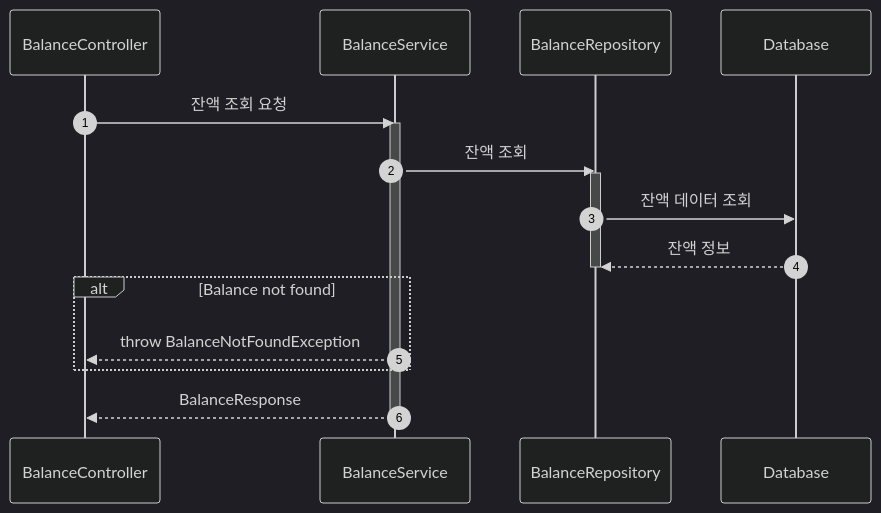
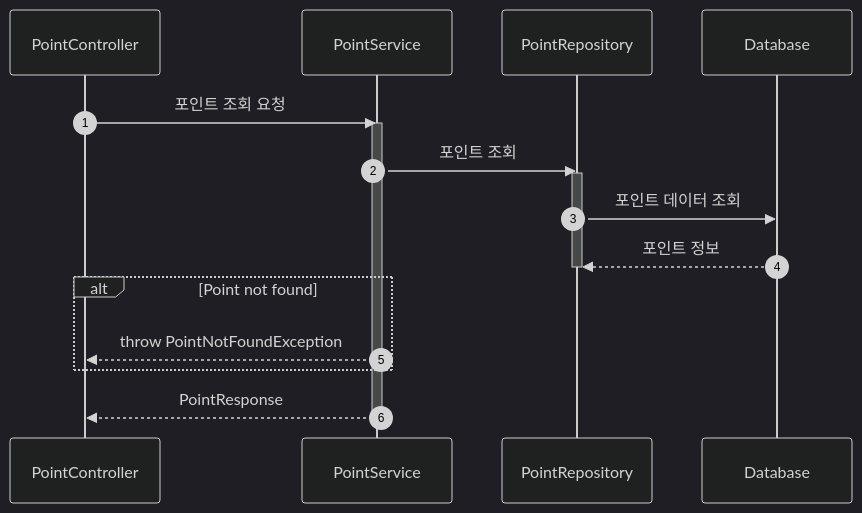
Diagram 15 of 16 in docs/api/api-specification.md (hye-ung97/hh-e-commerce), drawn with Mermaid (dark theme) before and after one commit. The commit also changed other lines of this file and 11 other files, not shown here.

Commit message:
refactor: balance -> point 이름 변경

````diff
--- a/docs/api/api-specification.md
+++ b/docs/api/api-specification.md
@@ -803,24 +803,24 @@
 ```mermaid
 sequenceDiagram
     autonumber
-    participant C as BalanceController
-    participant S as BalanceService
-    participant BR as BalanceRepository
+    participant C as PointController
+    participant S as PointService
+    participant PR as PointRepository
     participant DB as Database
 
-    C->>S: 잔액 조회 요청
+    C->>S: 포인트 조회 요청
     activate S
 
-    S->>BR: 잔액 조회
-    activate BR
-    BR->>DB: 잔액 데이터 조회
-    DB-->>BR: 잔액 정보
-    deactivate BR
+    S->>PR: 포인트 조회
+    activate PR
+    PR->>DB: 포인트 데이터 조회
+    DB-->>PR: 포인트 정보
+    deactivate PR
 
-    alt Balance not found
-        S-->>C: throw BalanceNotFoundException
+    alt Point not found
+        S-->>C: throw PointNotFoundException
     end
 
-    S-->>C: BalanceResponse
+    S-->>C: PointResponse
     deactivate S
 ```
````
